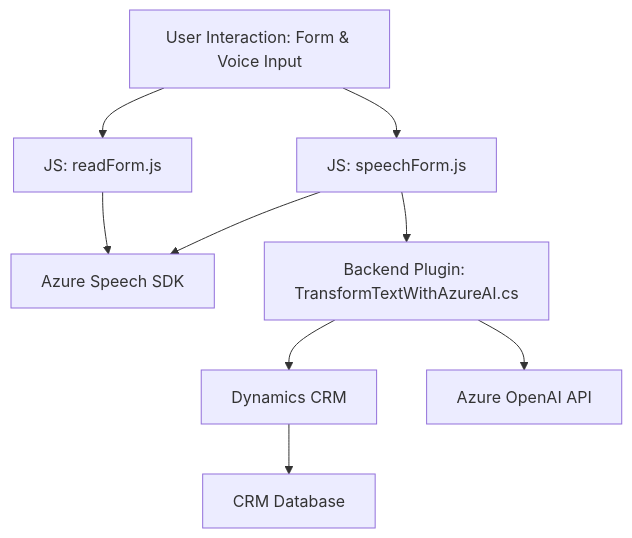
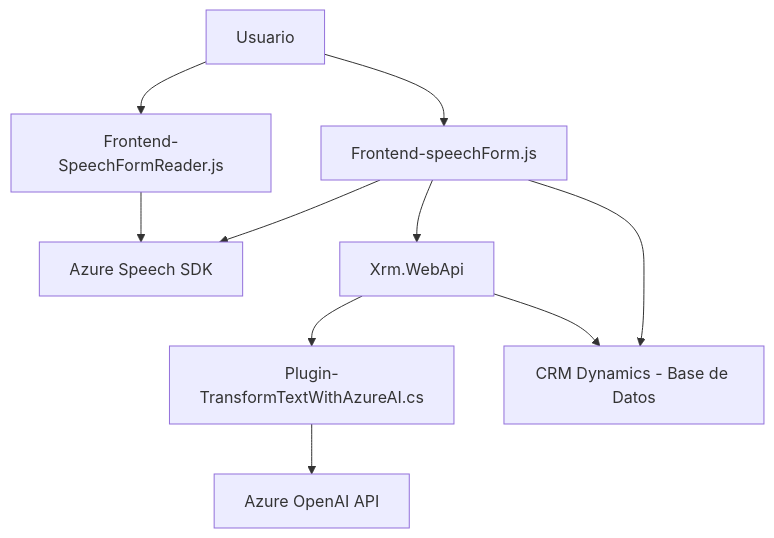
One commit to blopezdm/NETCORE_BILBAO2025 changed the diagram in README.md. Above: the diagram before and after it, drawn with Mermaid. The commit also changed other lines of this file, not shown here.

````diff
--- a/README.md
+++ b/README.md
@@ -37,11 +43,12 @@
 ```mermaid
 graph TD
-    A["User Interaction: Form & Voice Input"] --> B["JS: readForm.js"]
-    A --> C["JS: speechForm.js"]
+    A[Usuario] --> B[Frontend-SpeechFormReader.js]
+    A --> C[Frontend-speechForm.js]
     B --> D["Azure Speech SDK"]
-    C --> D
-    C --> E["Backend Plugin: TransformTextWithAzureAI.cs"]
-    E --> F["Dynamics CRM"]
-    E --> G["Azure OpenAI API"]
-    F --> H["CRM Database"]
+    C --> D["Azure Speech SDK"]
+    C --> E["Xrm.WebApi"]
+    E --> F[Plugin-TransformTextWithAzureAI.cs]
+    F --> G["Azure OpenAI API"]
+    E --> H[CRM Dynamics - Base de Datos]
+    C --> H[CRM Dynamics - Base de Datos]
 ```
````
